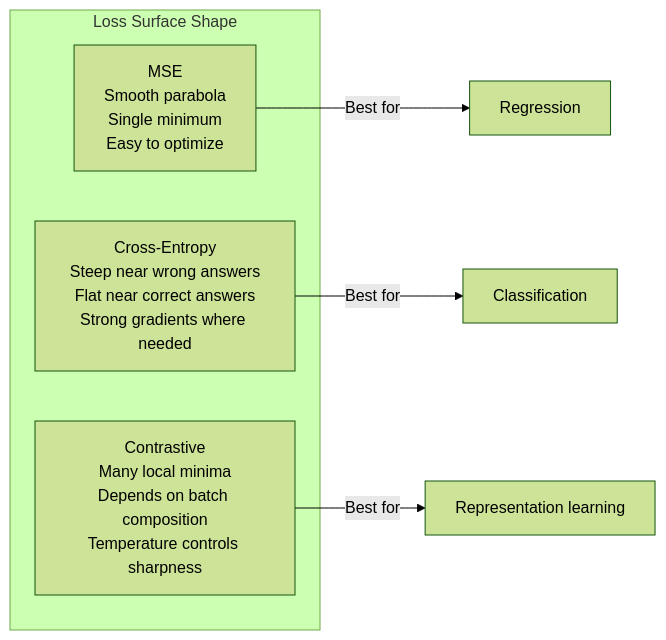
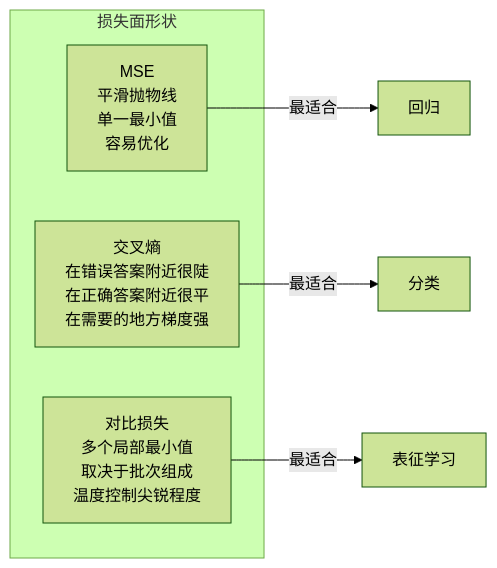
One commit to omigaZen/ai-engineering-from-scratch changed the third of 3 diagrams in phases/03-deep-learning-core/05-loss-functions/docs/zh.md. Above: the diagram before and after it, drawn with Mermaid (forest theme).

Commit message:
feat(phase-03/05): refine zh loss functions wording

````diff
--- a/phases/03-deep-learning-core/05-loss-functions/docs/zh.md
+++ b/phases/03-deep-learning-core/05-loss-functions/docs/zh.md
@@ -176,11 +176,11 @@
 ```mermaid
 graph LR
-    subgraph "Loss Surface Shape"
-        MSE_S["MSE<br/>Smooth parabola<br/>Single minimum<br/>Easy to optimize"]
-        CE_S["Cross-Entropy<br/>Steep near wrong answers<br/>Flat near correct answers<br/>Strong gradients where needed"]
-        CL_S["Contrastive<br/>Many local minima<br/>Depends on batch composition<br/>Temperature controls sharpness"]
+    subgraph "损失面形状"
+        MSE_S["MSE<br/>平滑抛物线<br/>单一最小值<br/>容易优化"]
+        CE_S["交叉熵<br/>在错误答案附近很陡<br/>在正确答案附近很平<br/>在需要的地方梯度强"]
+        CL_S["对比损失<br/>多个局部最小值<br/>取决于批次组成<br/>温度控制尖锐程度"]
     end
-    MSE_S -->|"Best for"| Reg2["Regression"]
-    CE_S -->|"Best for"| Cls2["Classification"]
-    CL_S -->|"Best for"| Emb2["Representation learning"]
+    MSE_S -->|"最适合"| Reg2["回归"]
+    CE_S -->|"最适合"| Cls2["分类"]
+    CL_S -->|"最适合"| Emb2["表征学习"]
 ```
````
